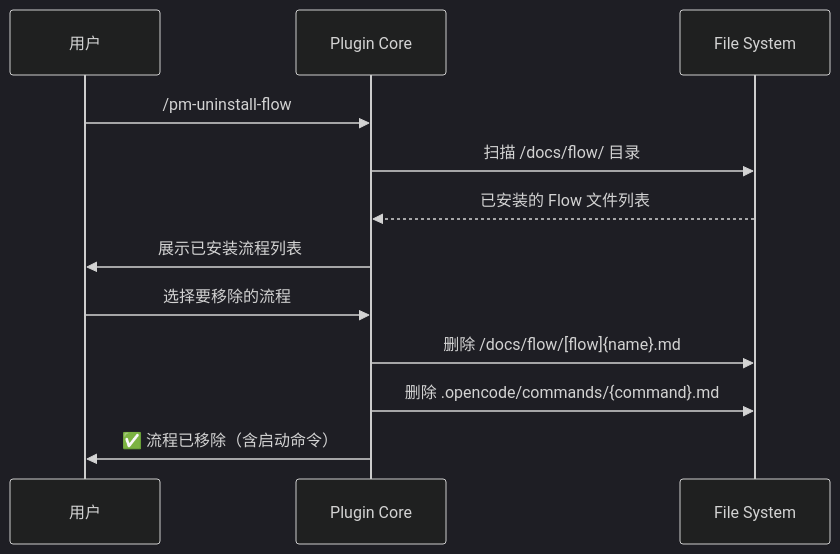
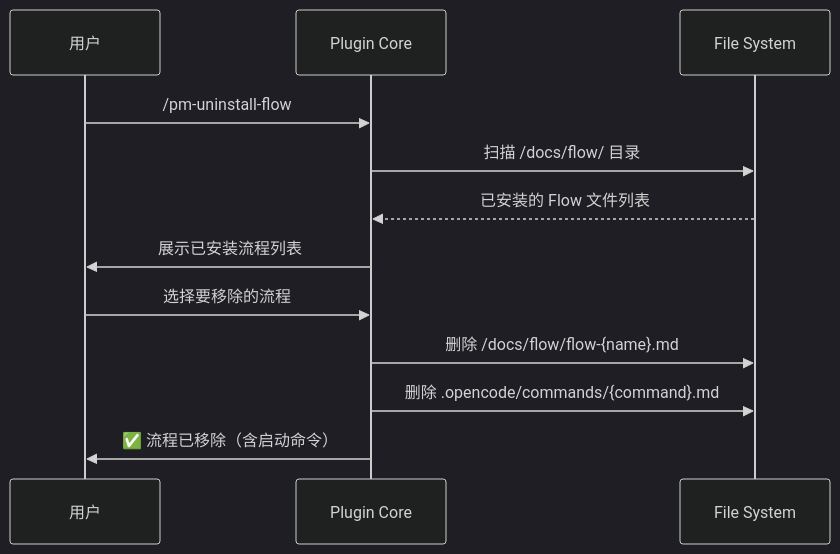
Before and after one commit to hank-cp/opencode-vibe-pm: the second of 2 diagrams in docs/spec/vibe-pm-template-manager.md, drawn with Mermaid (dark theme). The commit also changed other lines of this file and 13 other files, not shown here.

First line of the commit message:
feat: flow模板添加访谈后重新分析闭环，引擎增加步骤计时

````diff
--- a/docs/spec/vibe-pm-template-manager.md
+++ b/docs/spec/vibe-pm-template-manager.md
@@ -71,15 +71,15 @@
 ```mermaid
 sequenceDiagram
     participant User as 用户
     participant Core as Plugin Core
     participant FS as File System
 
     User->>Core: /pm-uninstall-flow
     Core->>FS: 扫描 /docs/flow/ 目录
     FS-->>Core: 已安装的 Flow 文件列表
     Core->>User: 展示已安装流程列表
     User->>Core: 选择要移除的流程
-    Core->>FS: 删除 /docs/flow/[flow]{name}.md
+    Core->>FS: 删除 /docs/flow/flow-{name}.md
     Core->>FS: 删除 .opencode/commands/{command}.md
     Core->>User: ✅ 流程已移除（含启动命令）
 ```
````
